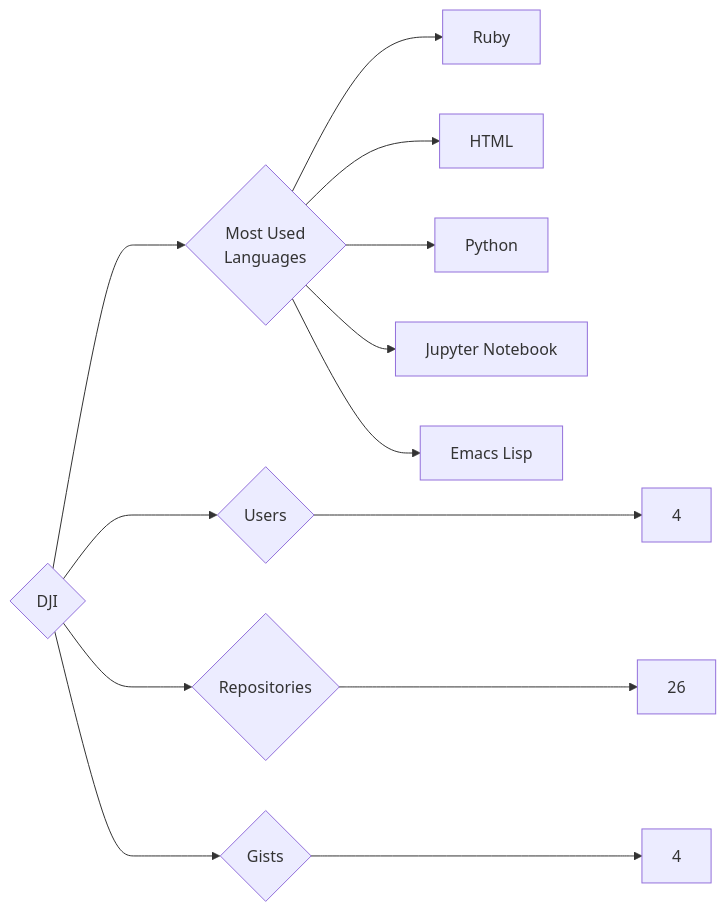
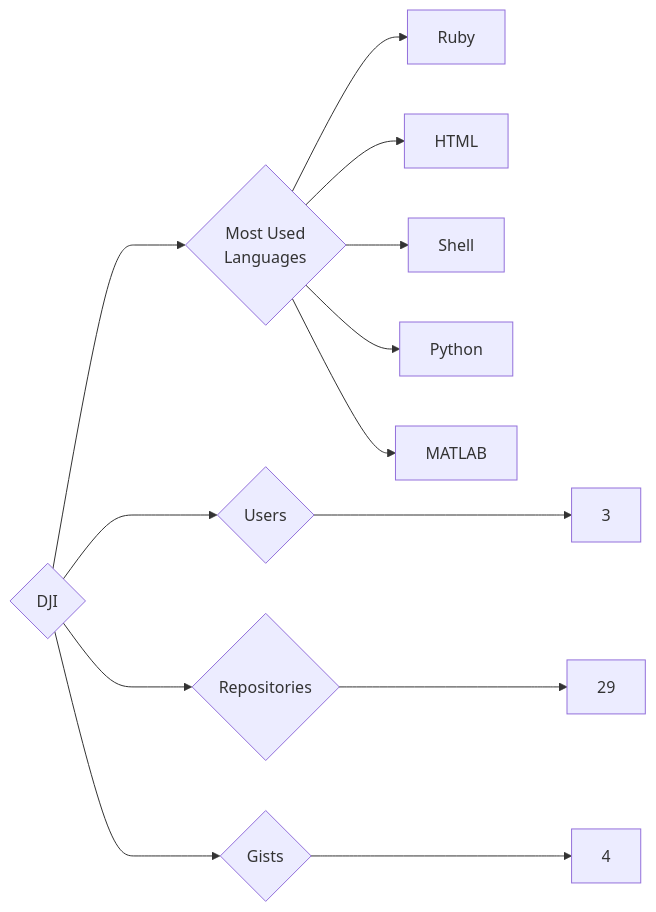
The diagram in targets/DJI/README.md (trickest/insiders), drawn with Mermaid before and after one commit. The commit also changed 934 other files, not shown here.

````diff
--- a/targets/DJI/README.md
+++ b/targets/DJI/README.md
@@ -3,13 +3,13 @@
 ```mermaid
 graph LR
 COMPANY_NAME{DJI}
-COMPANY_NAME ---> U{Users} ---> UN[4]
-COMPANY_NAME ---> R{Repositories} ---> RN[26]
+COMPANY_NAME ---> U{Users} ---> UN[3]
+COMPANY_NAME ---> R{Repositories} ---> RN[29]
 COMPANY_NAME ---> G{Gists} ---> GN[4]
 COMPANY_NAME ---> ML{Most Used<br>Languages}
 ML --> Ruby[Ruby]
 ML --> HTML[HTML]
+ML --> Shell[Shell]
 ML --> Python[Python]
-ML --> Jupyter_Notebook[Jupyter Notebook]
-ML --> Emacs_Lisp[Emacs Lisp]
+ML --> MATLAB[MATLAB]
 ```
````
